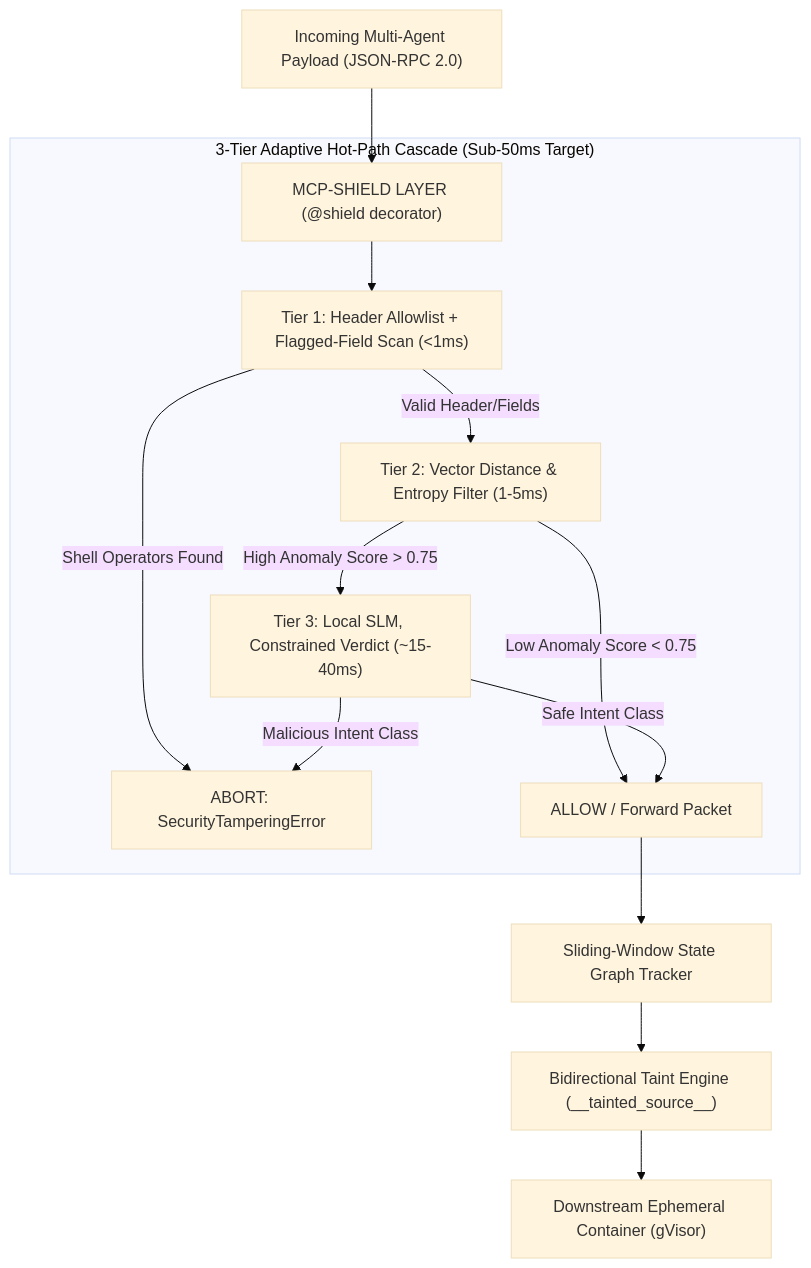
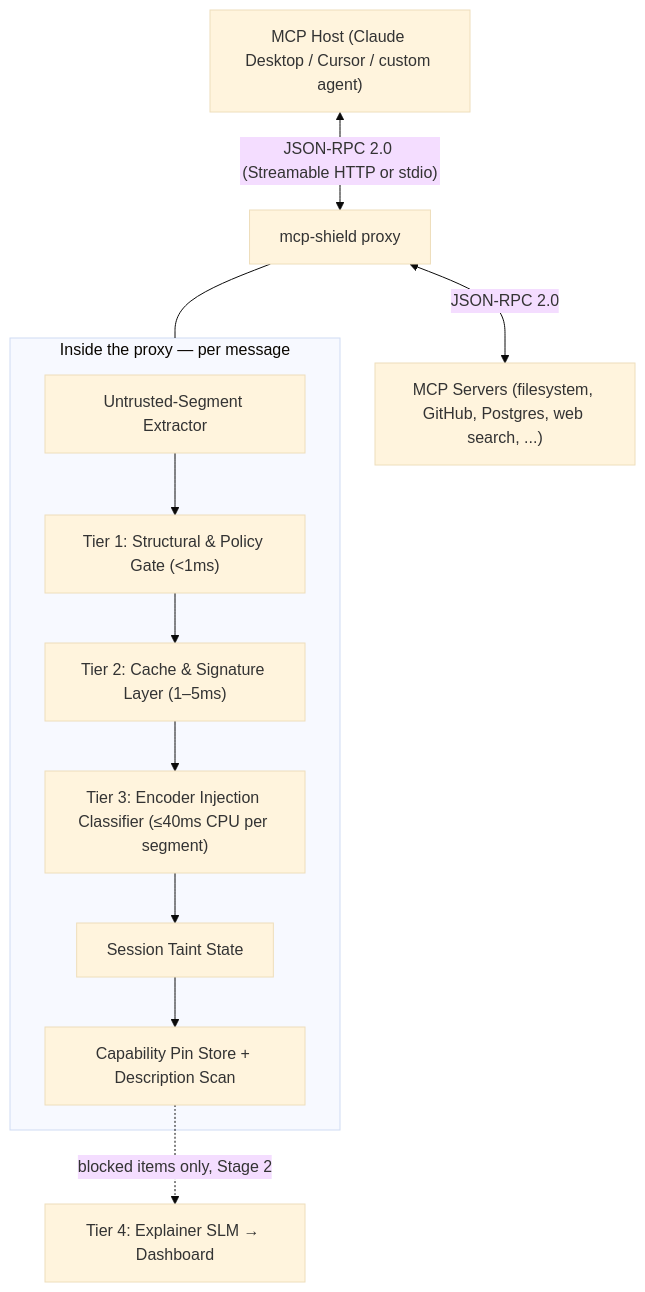
One commit to rishikeshvarma/MCP-Shield changed the diagram in 00 - Master Architecture & Overview.md. Above: the diagram before and after it, drawn with Mermaid (base theme). The commit also changed other lines of this file and 10 other files, not shown here.

````diff
--- a/00 - Master Architecture & Overview.md
+++ b/00 - Master Architecture & Overview.md
@@ -62,20 +67,16 @@
 ```mermaid
 graph TD
-    Payload["Incoming Multi-Agent Payload (JSON-RPC 2.0)"] --> Decorator["MCP-SHIELD LAYER (@shield decorator)"]
-    
-    subgraph Cascade["3-Tier Adaptive Hot-Path Cascade (Sub-50ms Target)"]
-        Decorator --> T1["Tier 1: Header Allowlist + Flagged-Field Scan (<1ms)"]
-        T1 -->|Valid Header/Fields| T2["Tier 2: Vector Distance & Entropy Filter (1-5ms)"]
-        T1 -->|Shell Operators Found| Deny["ABORT: SecurityTamperingError"]
-        
-        T2 -->|"Low Anomaly Score < 0.75"| Pass["ALLOW / Forward Packet"]
-        T2 -->|"High Anomaly Score > 0.75"| T3["Tier 3: Local SLM, Constrained Verdict (~15-40ms)"]
-        
-        T3 -->|Malicious Intent Class| Deny
-        T3 -->|Safe Intent Class| Pass
+    Host["MCP Host (Claude Desktop / Cursor / custom agent)"] <-->|"JSON-RPC 2.0 (Streamable HTTP or stdio)"| Proxy["mcp-shield proxy"]
+    Proxy <-->|"JSON-RPC 2.0"| Servers["MCP Servers (filesystem, GitHub, Postgres, web search, ...)"]
+
+    subgraph Inside["Inside the proxy — per message"]
+        Ext["Untrusted-Segment Extractor"] --> T1["Tier 1: Structural & Policy Gate (<1ms)"]
+        T1 --> T2["Tier 2: Cache & Signature Layer (1–5ms)"]
+        T2 --> T3["Tier 3: Encoder Injection Classifier (≤40ms CPU per segment)"]
+        T3 --> Taint["Session Taint State"]
+        Taint --> Pin["Capability Pin Store + Description Scan"]
     end
-    
-    Pass --> StateTrack["Sliding-Window State Graph Tracker"]
-    StateTrack --> Taint["Bidirectional Taint Engine (__tainted_source__)"]
-    Taint --> Execution["Downstream Ephemeral Container (gVisor)"]
+
+    Proxy --- Inside
+    Pin -.->|"blocked items only, Stage 2"| T4["Tier 4: Explainer SLM → Dashboard"]
 ```
````
